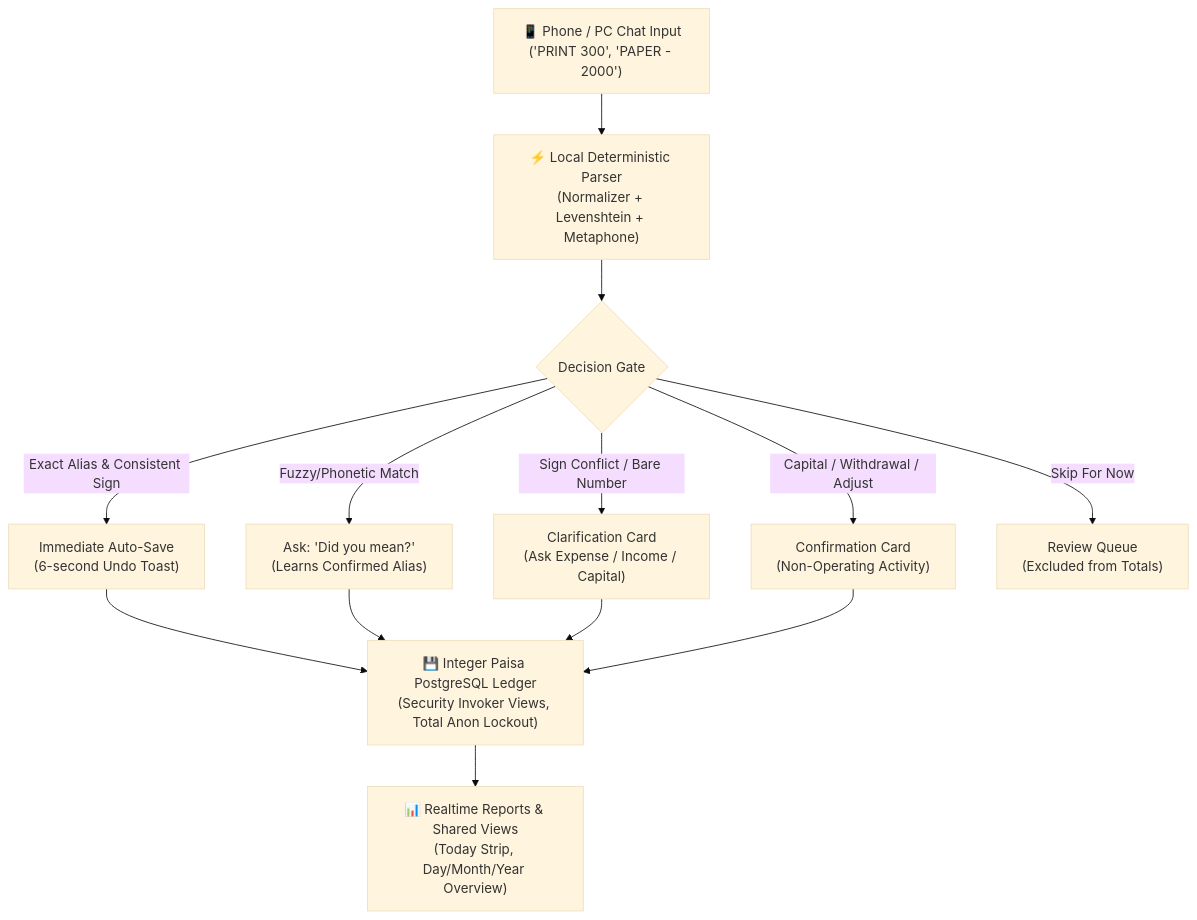
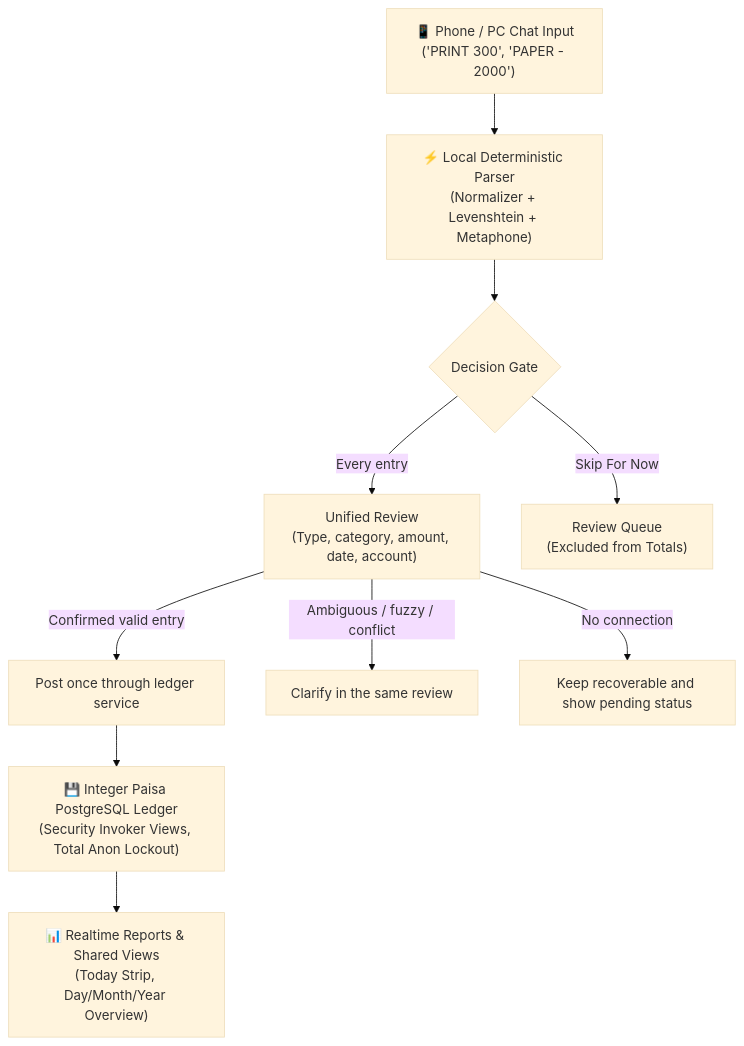
One commit to maijamalhoon/yaqoob-enterprises-manager changed the diagram in README.md. Above: the diagram before and after it, drawn with Mermaid (base theme). The commit also changed other lines of this file and 26 other files, not shown here.

````diff
--- a/README.md
+++ b/README.md
@@ -19,12 +19,12 @@
 ```mermaid
 graph TD
   A["📱 Phone / PC Chat Input<br/>('PRINT 300', 'PAPER - 2000')"] --> B["⚡ Local Deterministic Parser<br/>(Normalizer + Levenshtein + Metaphone)"]
   B --> C{"Decision Gate"}
-  C -->|"Exact Alias & Consistent Sign"| D["Immediate Auto-Save<br/>(6-second Undo Toast)"]
-  C -->|"Fuzzy/Phonetic Match"| E["Ask: 'Did you mean?'<br/>(Learns Confirmed Alias)"]
-  C -->|"Sign Conflict / Bare Number"| F["Clarification Card<br/>(Ask Expense / Income / Capital)"]
-  C -->|"Capital / Withdrawal / Adjust"| G["Confirmation Card<br/>(Non-Operating Activity)"]
+  C -->|"Every entry"| D["Unified Review<br/>(Type, category, amount, date, account)"]
+  D -->|"Confirmed valid entry"| E["Post once through ledger service"]
+  D -->|"Ambiguous / fuzzy / conflict"| F["Clarify in the same review"]
+  D -->|"No connection"| G["Keep recoverable and show pending status"]
   C -->|"Skip For Now"| H["Review Queue<br/>(Excluded from Totals)"]
-  D & E & F & G --> I["💾 Integer Paisa PostgreSQL Ledger<br/>(Security Invoker Views, Total Anon Lockout)"]
+  E --> I["💾 Integer Paisa PostgreSQL Ledger<br/>(Security Invoker Views, Total Anon Lockout)"]
   I --> J["📊 Realtime Reports & Shared Views<br/>(Today Strip, Day/Month/Year Overview)"]
 ```
````
